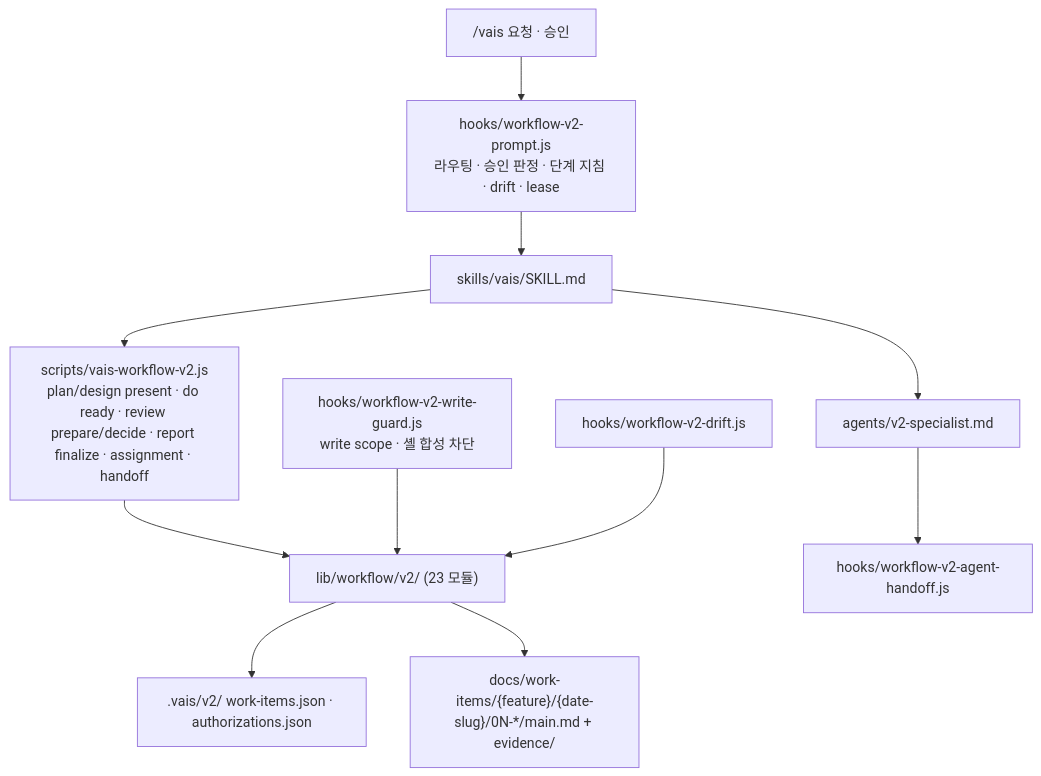
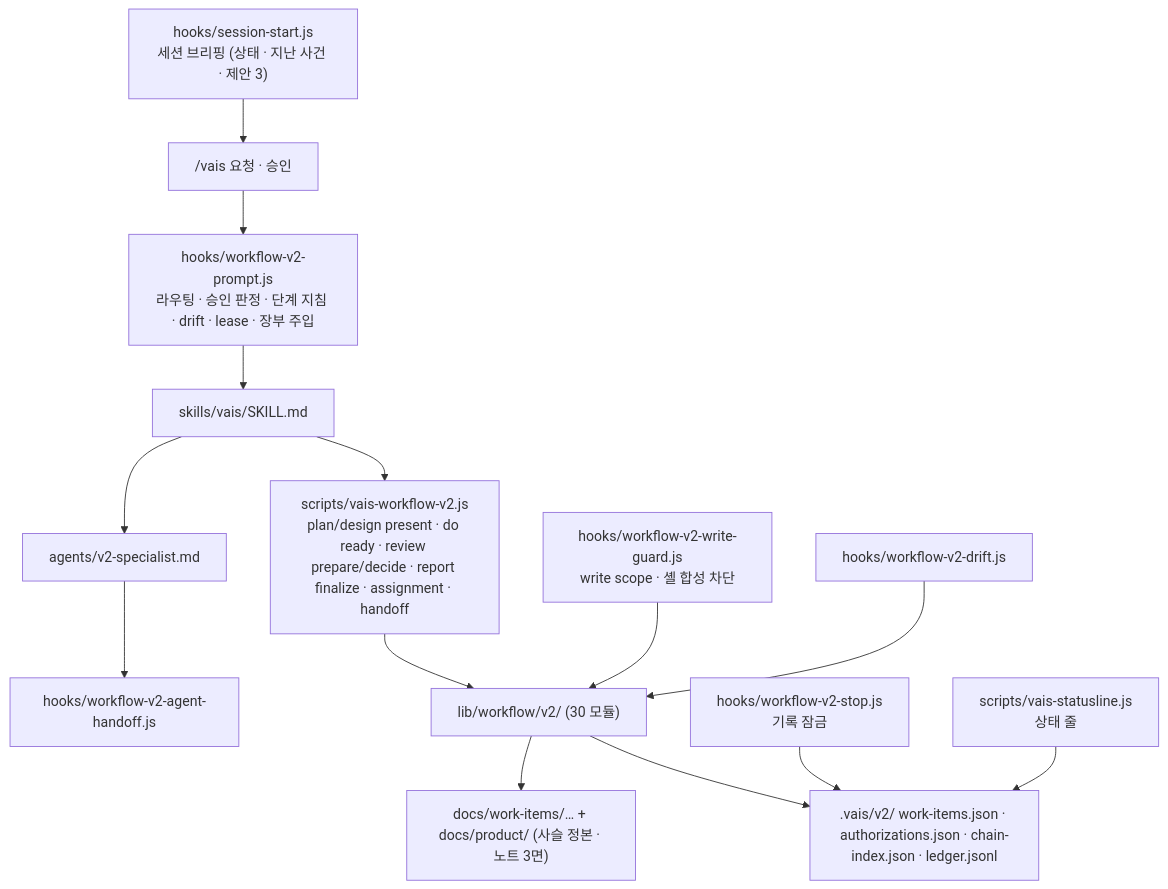
The diagram in ONBOARDING.md (ghlee3401/vais-claude-code), drawn with Mermaid before and after one commit. The commit also changed other lines of this file and 72 other files, not shown here.

First line of the commit message:
feat(harness): H3 product-note — 장부·제품 노트 3면·브리핑·상태 줄·Stop 잠금 (3.3.0)

````diff
--- a/ONBOARDING.md
+++ b/ONBOARDING.md
@@ -28,13 +29,16 @@
 ```mermaid
 flowchart TB
-    USER["/vais 요청 · 승인"] --> PROMPT["hooks/workflow-v2-prompt.js<br/>라우팅 · 승인 판정 · 단계 지침 · drift · lease"]
+    START["hooks/session-start.js<br/>세션 브리핑 (상태 · 지난 사건 · 제안 3)"] --> USER
+    USER["/vais 요청 · 승인"] --> PROMPT["hooks/workflow-v2-prompt.js<br/>라우팅 · 승인 판정 · 단계 지침 · drift · lease · 장부 주입"]
     PROMPT --> SKILL["skills/vais/SKILL.md"]
     SKILL --> CLI["scripts/vais-workflow-v2.js<br/>plan/design present · do ready · review prepare/decide · report finalize · assignment · handoff"]
-    CLI --> LIB["lib/workflow/v2/ (23 모듈)"]
-    LIB --> STATE[".vais/v2/ work-items.json · authorizations.json"]
-    LIB --> DOCS["docs/work-items/{feature}/{date-slug}/0N-*/main.md + evidence/"]
+    CLI --> LIB["lib/workflow/v2/ (30 모듈)"]
+    LIB --> STATE[".vais/v2/ work-items.json · authorizations.json · chain-index.json · ledger.jsonl"]
+    LIB --> DOCS["docs/work-items/… + docs/product/ (사슬 정본 · 노트 3면)"]
     SKILL --> AGENT["agents/v2-specialist.md"]
     AGENT --> HANDOFF["hooks/workflow-v2-agent-handoff.js"]
     GUARD["hooks/workflow-v2-write-guard.js<br/>write scope · 셸 합성 차단"] --> LIB
     DRIFT["hooks/workflow-v2-drift.js"] --> LIB
+    STOP["hooks/workflow-v2-stop.js<br/>기록 잠금"] --> STATE
+    STATUS["scripts/vais-statusline.js<br/>상태 줄"] --> STATE
 ```
````
